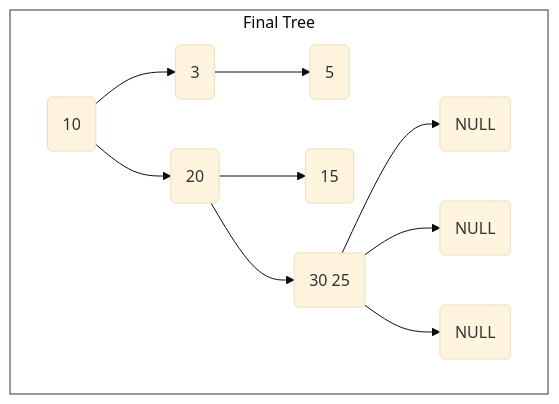
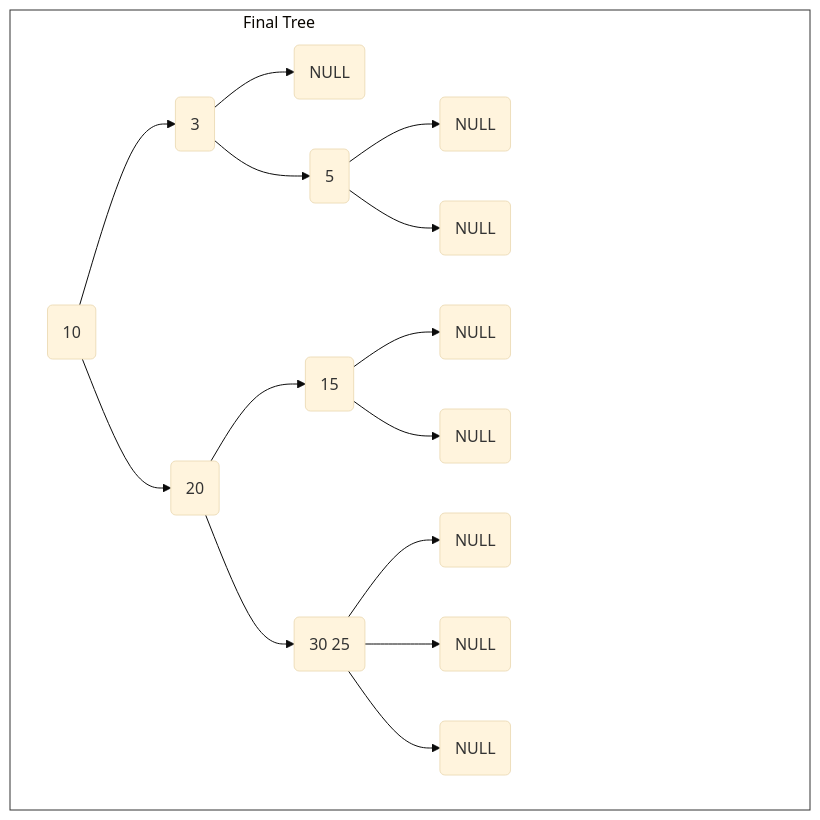
One commit to west7/EDA2 changed the second of 2 diagrams in README.md. Above: the diagram before and after it, drawn with Mermaid (base theme).

Commit message:
att graph tree 2-3

````diff
--- a/README.md
+++ b/README.md
@@ -379,15 +379,17 @@
 ```mermaid
 graph TD;
 subgraph I7[Final Tree]
-    style I7 fill: #FFFFFF00, stroke: #333, stroke-width: 1px;
+    style I7 fill: #FFFFFF00, stroke: #333, stroke-width: 1px, width: 800px;
     a7(10) --> b7(3)
     a7(10) --> c7(20)
-    b7(3) --> e7(5)
+    b7(3) --> z7(NULL) & e7(5)
+    e7(5) --> y7(NULL) & x7(NULL)
     c7(20) --> f7(15)
     c7(20) --> g7(30 25)
+    f7 --> w7(NULL) & u7(NULL)
     g7(30 25) --> h7(NULL)
     g7(30 25) --> i7(NULL)
     g7(30 25) --> j7(NULL)
 end
 
 ```
````
